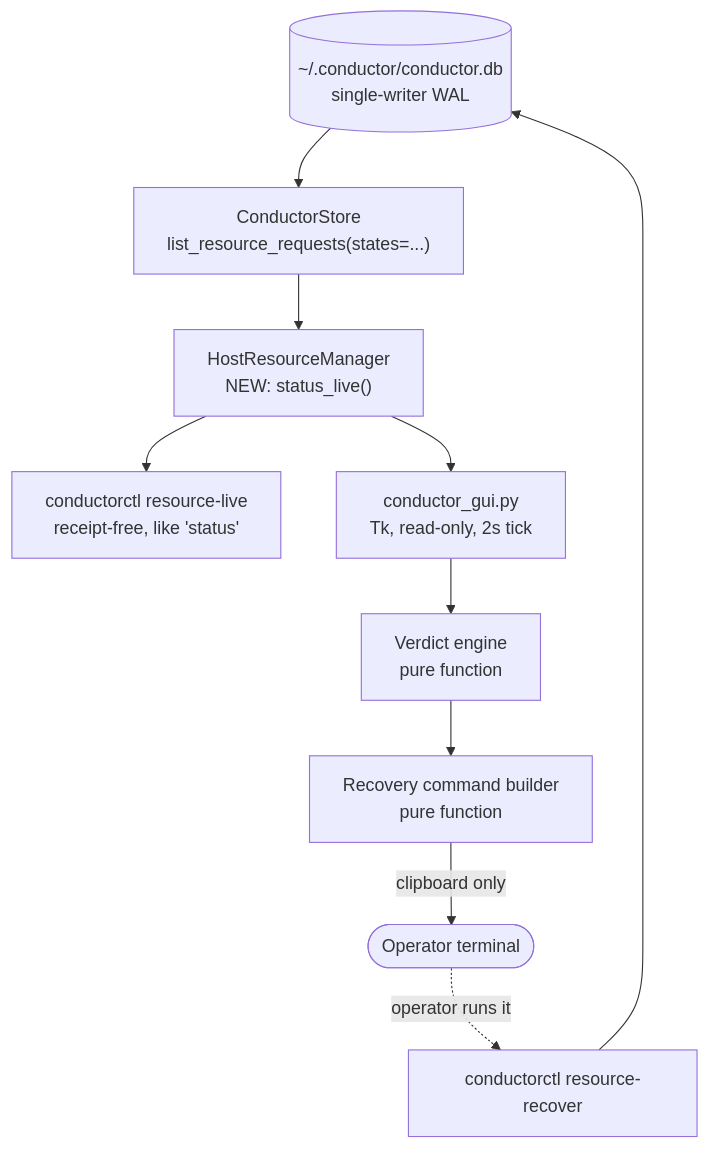
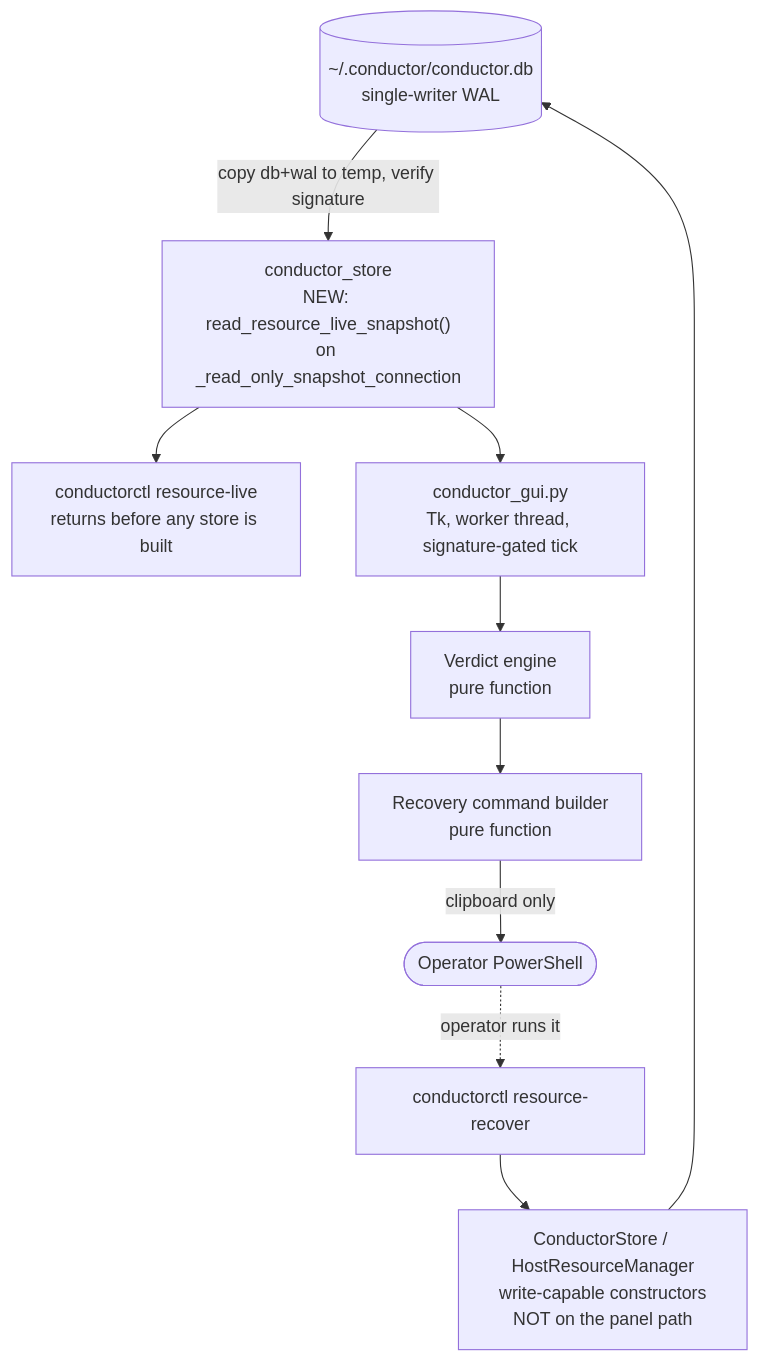
The diagram in design/plans/2026-08-27_conductor_operator_gui_r1.md (rebusz/dotclaude-ecosystem), drawn with Mermaid before and after one commit. The commit also changed other lines of this file, not shown here.

First line of the commit message:
docs: auto-backup 2026-08-27_conductor_operator_gui_r1.md

````diff
--- a/design/plans/2026-08-27_conductor_operator_gui_r1.md
+++ b/design/plans/2026-08-27_conductor_operator_gui_r1.md
@@ -281,19 +306,20 @@
 ```mermaid
 flowchart TD
     DB[("~/.conductor/conductor.db<br/>single-writer WAL")]
-    Store["ConductorStore<br/>list_resource_requests(states=...)"]
-    Mgr["HostResourceManager<br/>NEW: status_live()"]
-    CLI["conductorctl resource-live<br/>receipt-free, like 'status'"]
-    GUI["conductor_gui.py<br/>Tk, read-only, 2s tick"]
+    Snap["conductor_store<br/>NEW: read_resource_live_snapshot()<br/>on _read_only_snapshot_connection"]
+    Store["ConductorStore / HostResourceManager<br/>write-capable constructors<br/>NOT on the panel path"]
+    CLI["conductorctl resource-live<br/>returns before any store is built"]
+    GUI["conductor_gui.py<br/>Tk, worker thread, signature-gated tick"]
     Verdict["Verdict engine<br/>pure function"]
     Cmd["Recovery command builder<br/>pure function"]
 
-    DB --> Store --> Mgr
-    Mgr --> CLI
-    Mgr --> GUI
+    DB -->|"copy db+wal to temp, verify signature"| Snap
+    Snap --> CLI
+    Snap --> GUI
     GUI --> Verdict
     Verdict --> Cmd
-    Cmd -->|"clipboard only"| Op(["Operator terminal"])
+    Cmd -->|"clipboard only"| Op(["Operator PowerShell"])
     Op -.->|"operator runs it"| CLI2["conductorctl resource-recover"]
-    CLI2 --> DB
+    CLI2 --> Store
+    Store --> DB
 ```
````
